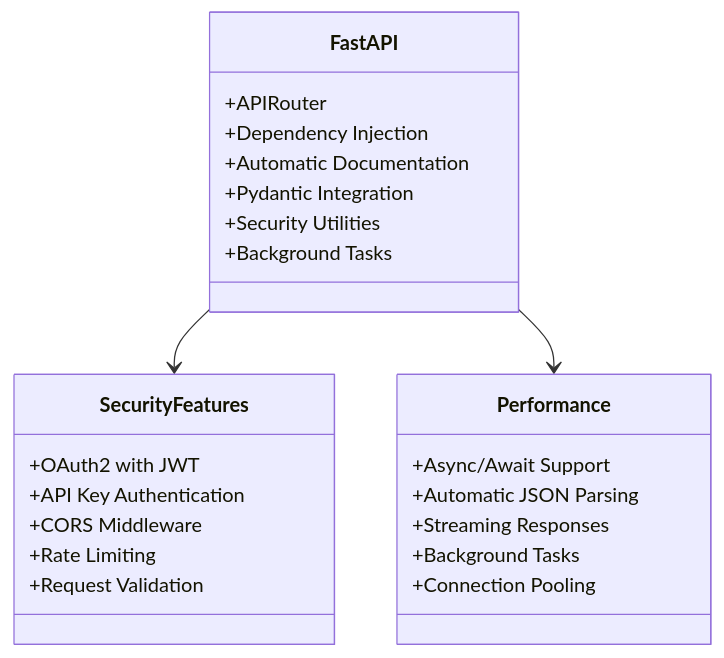
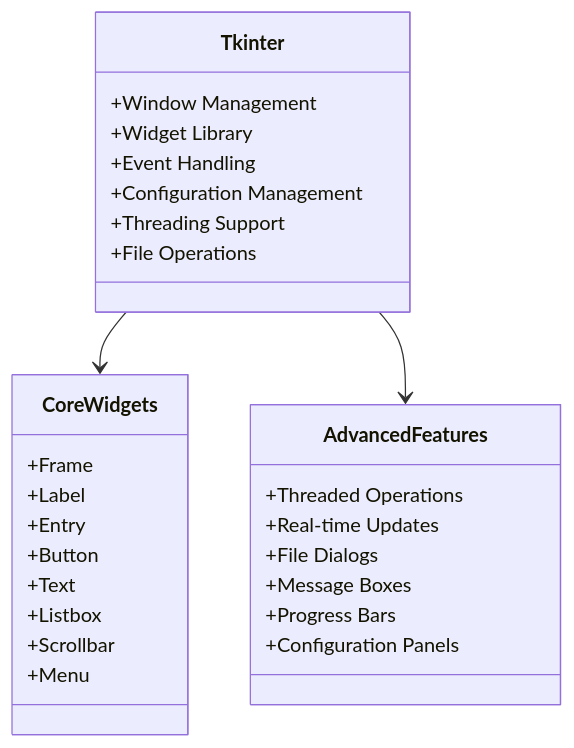
The second of 8 diagrams in docs/architecture/technology-stack.md (Divesh-Kshirsagar/Anti-India-Campaigns-Detector), drawn with Mermaid before and after one commit. The commit also changed other lines of this file and 7 other files, not shown here.

````diff
--- a/docs/architecture/technology-stack.md
+++ b/docs/architecture/technology-stack.md
@@ -81,30 +83,34 @@
 ```mermaid
 classDiagram
-    class FastAPI {
-        +APIRouter
-        +Dependency Injection
-        +Automatic Documentation
-        +Pydantic Integration
-        +Security Utilities
-        +Background Tasks
+    class Tkinter {
+        +Window Management
+        +Widget Library
+        +Event Handling
+        +Configuration Management
+        +Threading Support
+        +File Operations
     }
     
-    class SecurityFeatures {
-        +OAuth2 with JWT
-        +API Key Authentication
-        +CORS Middleware
-        +Rate Limiting
-        +Request Validation
+    class CoreWidgets {
+        +Frame
+        +Label
+        +Entry
+        +Button
+        +Text
+        +Listbox
+        +Scrollbar
+        +Menu
     }
     
-    class Performance {
-        +Async/Await Support
-        +Automatic JSON Parsing
-        +Streaming Responses
-        +Background Tasks
-        +Connection Pooling
+    class AdvancedFeatures {
+        +Threaded Operations
+        +Real-time Updates
+        +File Dialogs
+        +Message Boxes
+        +Progress Bars
+        +Configuration Panels
     }
     
-    FastAPI --> SecurityFeatures
-    FastAPI --> Performance
+    Tkinter --> CoreWidgets
+    Tkinter --> AdvancedFeatures
 ```
````
